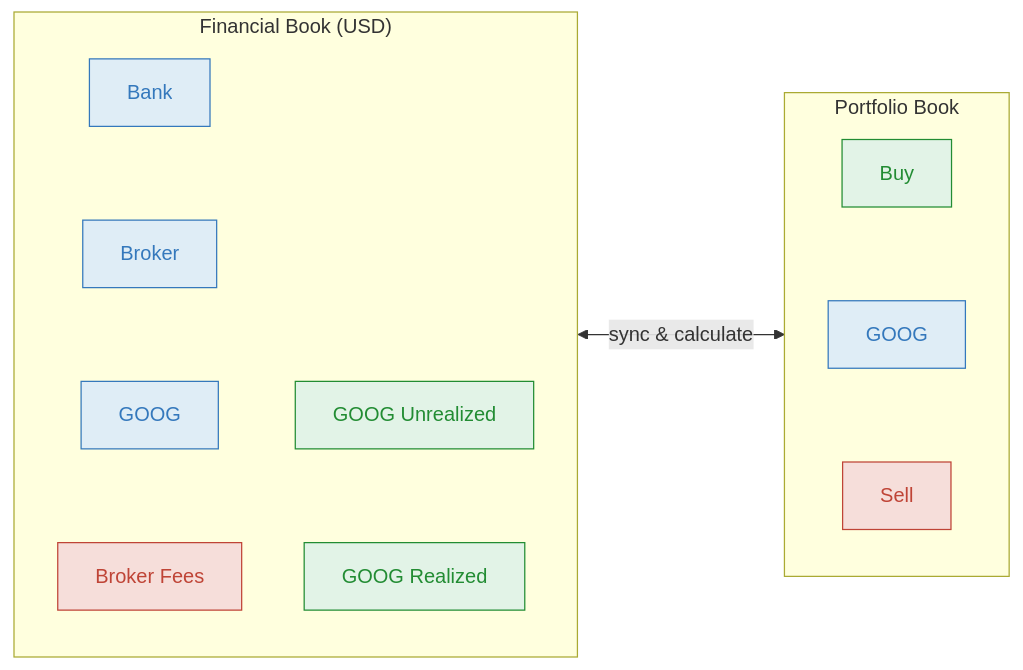
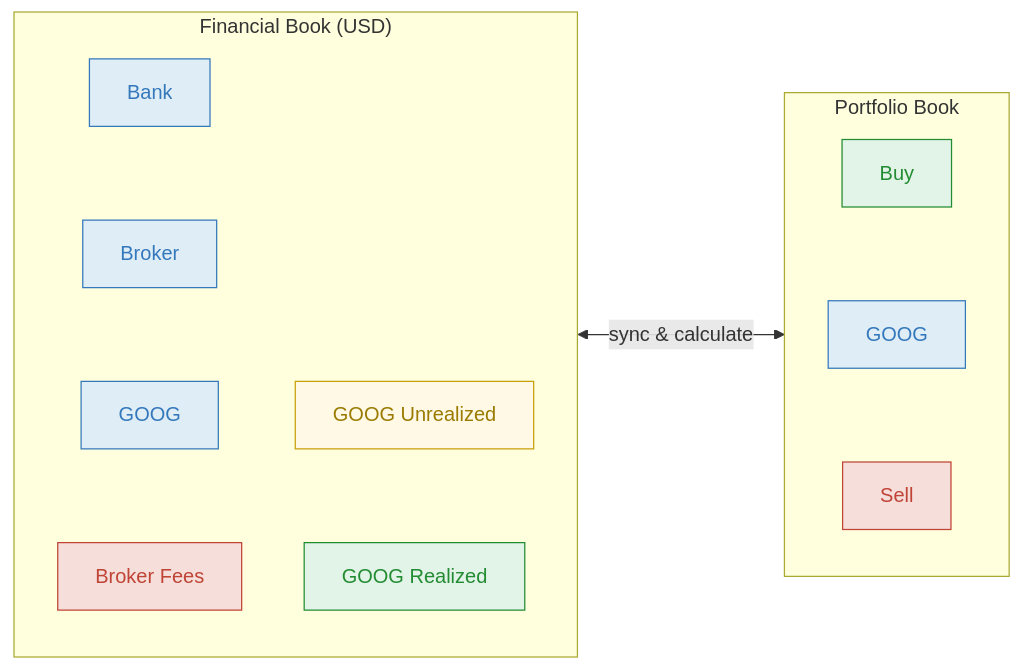
One commit to bkper/bkper-apps changed the first of 5 diagrams in portfolio-bot/README.md. Above: the diagram before and after it, drawn with Mermaid. The commit also changed other lines of this file, not shown here.

````diff
--- a/portfolio-bot/README.md
+++ b/portfolio-bot/README.md
@@ -17,28 +17,29 @@
 ```mermaid
 flowchart LR
     subgraph financial["Financial Book (USD)"]
         direction TB
         B["Bank"]:::asset
         EX["Broker"]:::asset
         GOOG["GOOG"]:::asset
-        GU["GOOG Unrealized"]:::incoming
+        GU["GOOG Unrealized"]:::liability
         GR["GOOG Realized"]:::incoming
         F["Broker Fees"]:::outgoing
         B ~~~ EX ~~~ GOOG ~~~ F
         GU ~~~ GR
     end
 
     subgraph portfolio["Portfolio Book"]
         direction TB
         Buy["Buy"]:::incoming
         PGOOG["GOOG"]:::asset
         Sell["Sell"]:::outgoing
         Buy ~~~ PGOOG ~~~ Sell
     end
 
     financial <-- "sync & calculate" --> portfolio
 
     classDef asset fill:#dfedf6,stroke:#3478bc,color:#3478bc
+    classDef liability fill:#fff9e5,stroke:#c7a008,color:#9a7b00
     classDef incoming fill:#e2f3e7,stroke:#228c33,color:#228c33
     classDef outgoing fill:#f6deda,stroke:#bf4436,color:#bf4436
 ```
````
